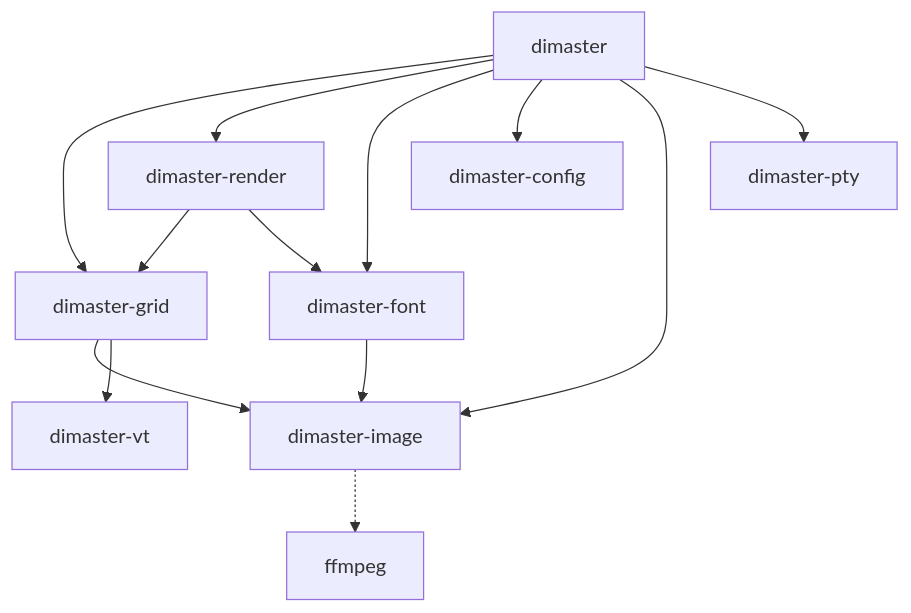
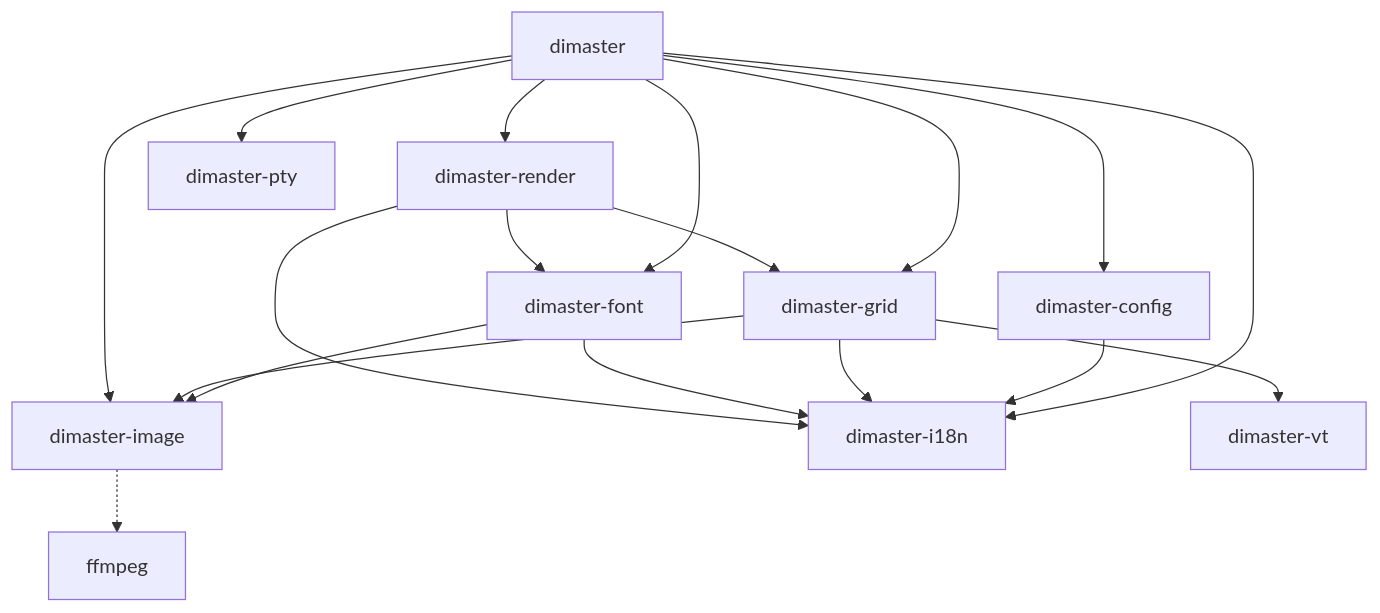
Before and after one commit to Utkautka1/DimaSter: the first of 7 diagrams in docs/UML.md, drawn with Mermaid. The commit also changed other lines of this file and 85 other files, not shown here.

````diff
--- a/docs/UML.md
+++ b/docs/UML.md
@@ -5,15 +5,20 @@
 ```mermaid
 graph TD
     app[dimaster] --> grid[dimaster-grid]
     app --> render[dimaster-render]
     app --> font[dimaster-font]
     render --> grid
     render --> font
     font --> image[dimaster-image]
     app --> config[dimaster-config]
     grid --> image
     app --> image
     image -.-> ffmpeg
+    app --> i18n[dimaster-i18n]
+    config --> i18n
+    grid --> i18n
+    font --> i18n
+    render --> i18n
     app --> pty[dimaster-pty]
     grid --> vt[dimaster-vt]
 ```
````
